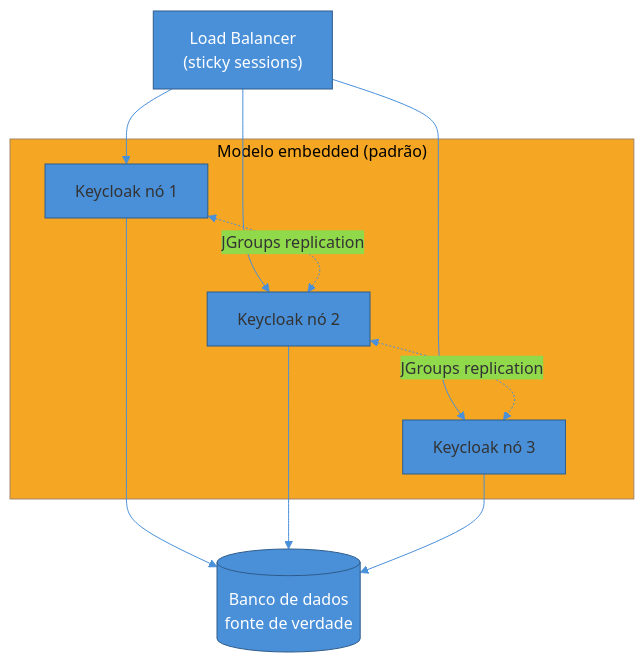
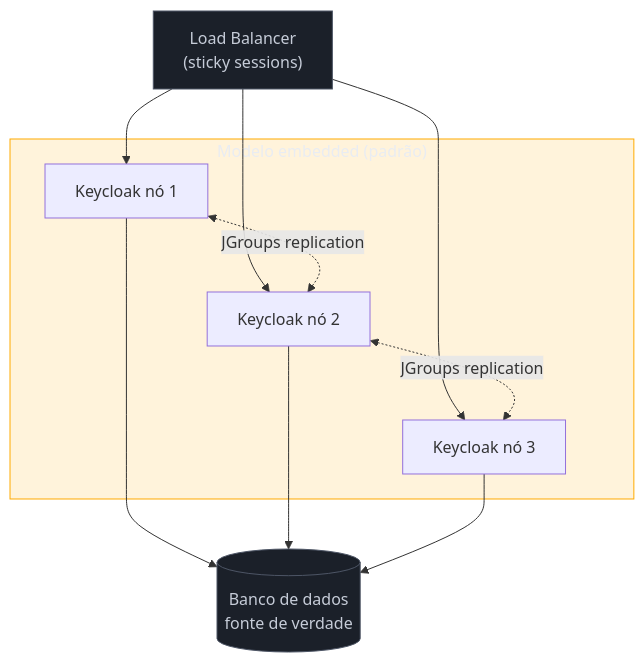
The fourth of 5 diagrams in 03-Dominios/Engenharia/Auth e Identidade/5 - Keycloak/02 - Keycloak em produção.md (josenaldo/codex-technomanticus), drawn with Mermaid before and after one commit. The commit also changed other lines of this file and 1181 other files, not shown here.

First line of the commit message:
fix(diagramas): paleta do sistema no lugar de cor cravada no markdown

````diff
--- a/03-Dominios/Engenharia/Auth e Identidade/5 - Keycloak/02 - Keycloak em produção.md
+++ b/03-Dominios/Engenharia/Auth e Identidade/5 - Keycloak/02 - Keycloak em produção.md
@@ -166,20 +167,21 @@
 ```mermaid
-%%{init: {"theme": "base", "themeVariables": {"primaryColor": "#4A90D9", "primaryBorderColor": "#2E5C8A", "lineColor": "#4A90D9"}}}%%
 graph TD
+    classDef neutro fill:#1B2029,stroke:#4E5666,color:#C6CCD8
+    classDef destaque fill:#FFAA0024,stroke:#FFAA00,color:#E9ECF2
     LB["Load Balancer<br/>(sticky sessions)"] --> K1["Keycloak nó 1"]
     LB --> K2["Keycloak nó 2"]
     LB --> K3["Keycloak nó 3"]
 
     subgraph Embedded["Modelo embedded (padrão)"]
         K1 <-.->|"JGroups replication"| K2
         K2 <-.->|"JGroups replication"| K3
     end
 
     K1 --> DB[("Banco de dados<br/>fonte de verdade")]
     K2 --> DB
     K3 --> DB
 
-    style LB fill:#4A90D9,color:#fff
-    style DB fill:#4A90D9,color:#fff
-    style Embedded fill:#F5A623,color:#000
+    class LB neutro
+    class DB neutro
+    class Embedded destaque
 ```
````
